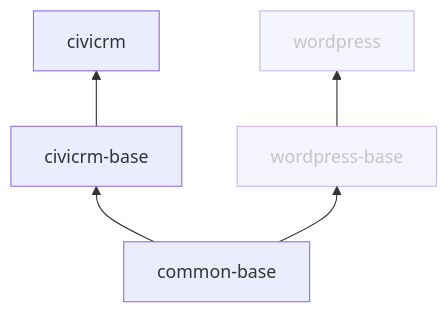
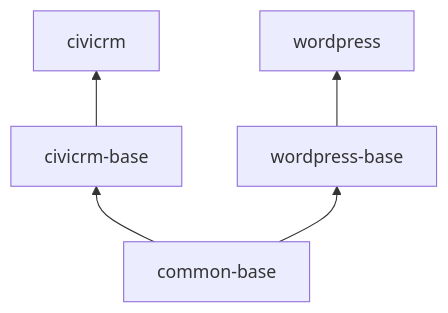
Before and after one commit to civicrm/civicrm-docker: the diagram in README.md, drawn with Mermaid. The commit also changed other lines of this file and 6 other files, not shown here.

````diff
--- a/README.md
+++ b/README.md
@@ -158,12 +158,9 @@
 ```mermaid
 flowchart BT
     C[civicrm]
     B[civicrm-base] --> C
     A[common-base] --> B
     E[wordpress]
     D[wordpress-base] --> E
     A --> D
-    D:::disabled
-    E:::disabled
-    classDef disabled opacity:.5
 ```
````
